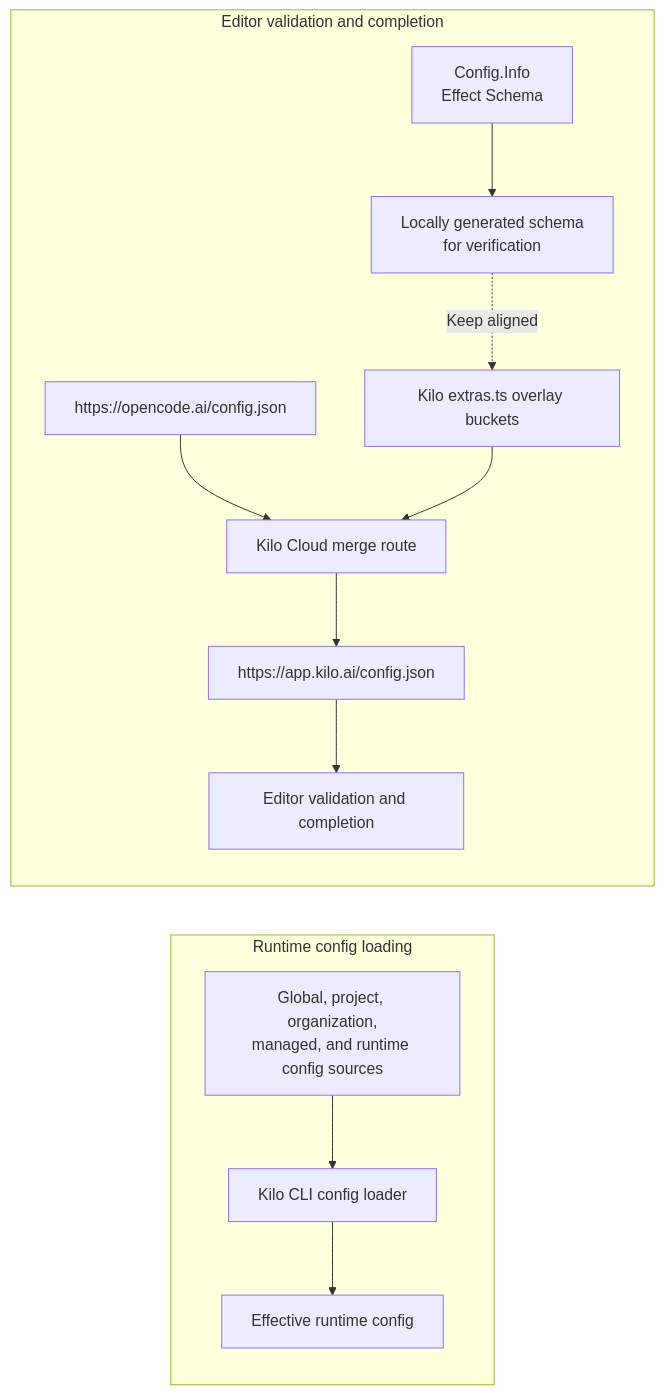
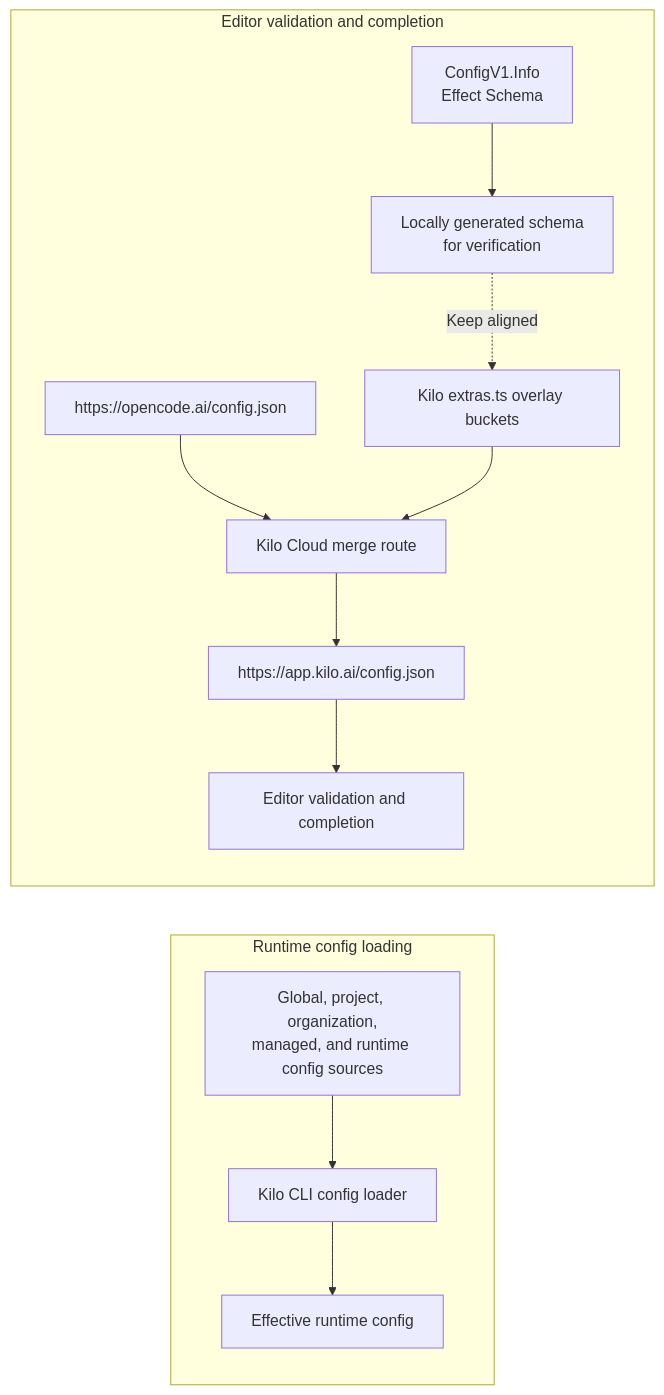
One commit to Kilo-Org/kilocode changed the diagram in packages/kilo-docs/pages/contributing/architecture/config-schema.md. Above: the diagram before and after it, drawn with Mermaid. The commit also changed other lines of this file and 18 other files, not shown here.

````diff
--- a/packages/kilo-docs/pages/contributing/architecture/config-schema.md
+++ b/packages/kilo-docs/pages/contributing/architecture/config-schema.md
@@ -23,13 +23,13 @@
 ```mermaid
 flowchart LR
   subgraph runtime ["Runtime config loading"]
     files["Global, project, organization,<br/>managed, and runtime config sources"] --> loader["Kilo CLI config loader"] --> effective["Effective runtime config"]
   end
 
   subgraph schema ["Editor validation and completion"]
-    info["Config.Info<br/>Effect Schema"] --> generated["Locally generated schema<br/>for verification"]
+    info["ConfigV1.Info<br/>Effect Schema"] --> generated["Locally generated schema<br/>for verification"]
     upstream["https://opencode.ai/config.json"] --> overlay["Kilo Cloud merge route"]
     extras["Kilo extras.ts overlay buckets"] --> overlay --> endpoint["https://app.kilo.ai/config.json"] --> editor["Editor validation and completion"]
     generated -. "Keep aligned" .-> extras
   end
 ```
````
